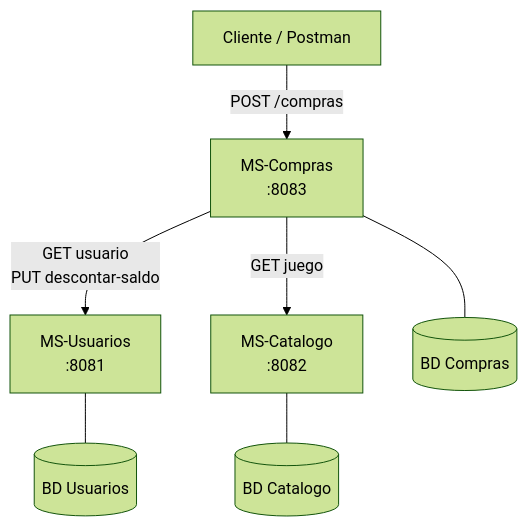
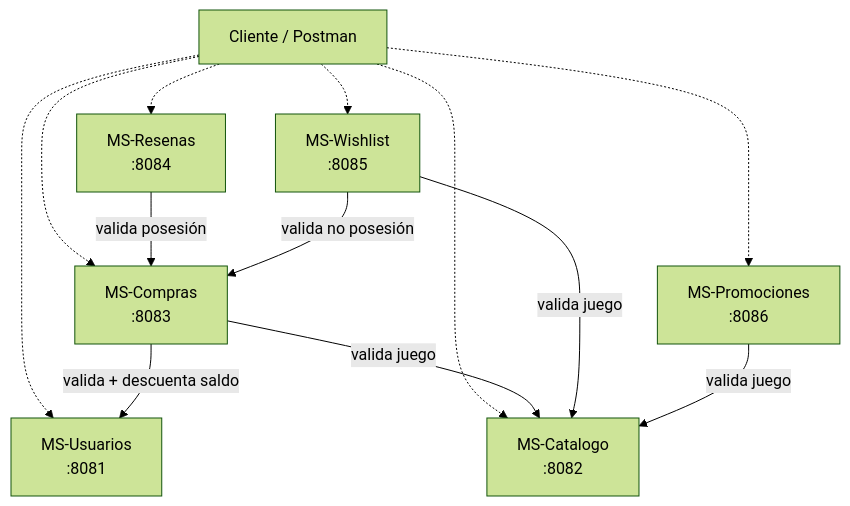
Before and after one commit to eln4ch0-0/PoweredBy: the diagram in README.md, drawn with Mermaid (forest theme). The commit also changed other lines of this file, not shown here.

````diff
--- a/README.md
+++ b/README.md
@@ -46,17 +77,25 @@
 ```mermaid
 flowchart TB
-    Client[Cliente / Postman]
-    Compras[MS-Compras<br/>:8083]
+    Cliente[Cliente / Postman]
+
     Usuarios[MS-Usuarios<br/>:8081]
     Catalogo[MS-Catalogo<br/>:8082]
-    DBu[(BD Usuarios)]
-    DBc[(BD Catalogo)]
-    DBp[(BD Compras)]
+    Compras[MS-Compras<br/>:8083]
+    Resenas[MS-Resenas<br/>:8084]
+    Wishlist[MS-Wishlist<br/>:8085]
+    Promociones[MS-Promociones<br/>:8086]
 
-    Client -->|POST /compras| Compras
-    Compras -->|GET usuario<br/>PUT descontar-saldo| Usuarios
-    Compras -->|GET juego| Catalogo
-    Usuarios --- DBu
-    Catalogo --- DBc
-    Compras --- DBp
+    Cliente -.-> Usuarios
+    Cliente -.-> Catalogo
+    Cliente -.-> Compras
+    Cliente -.-> Resenas
+    Cliente -.-> Wishlist
+    Cliente -.-> Promociones
+
+    Compras -->|valida + descuenta saldo| Usuarios
+    Compras -->|valida juego| Catalogo
+    Resenas -->|valida posesión| Compras
+    Wishlist -->|valida juego| Catalogo
+    Wishlist -->|valida no posesión| Compras
+    Promociones -->|valida juego| Catalogo
 ```
````
